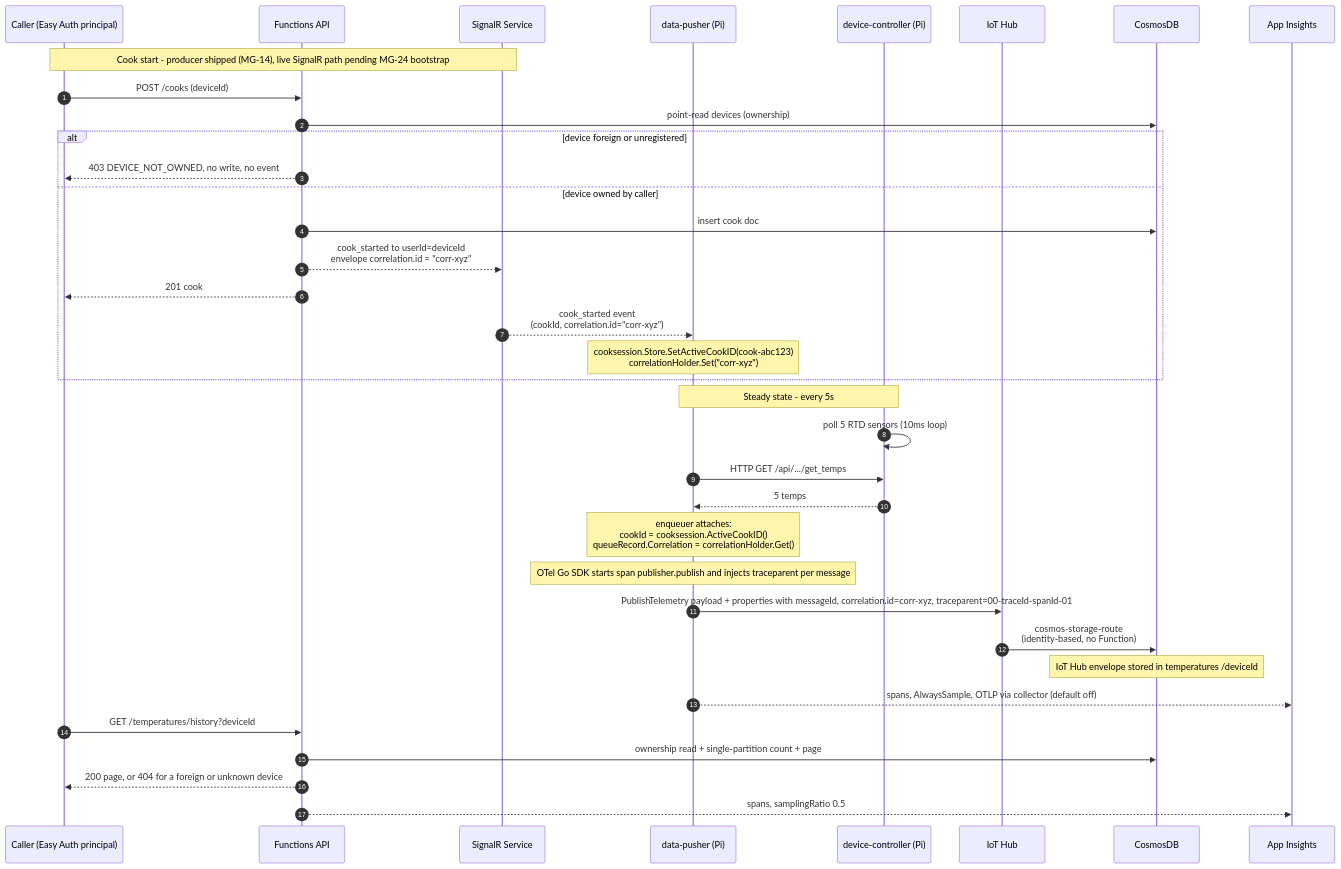
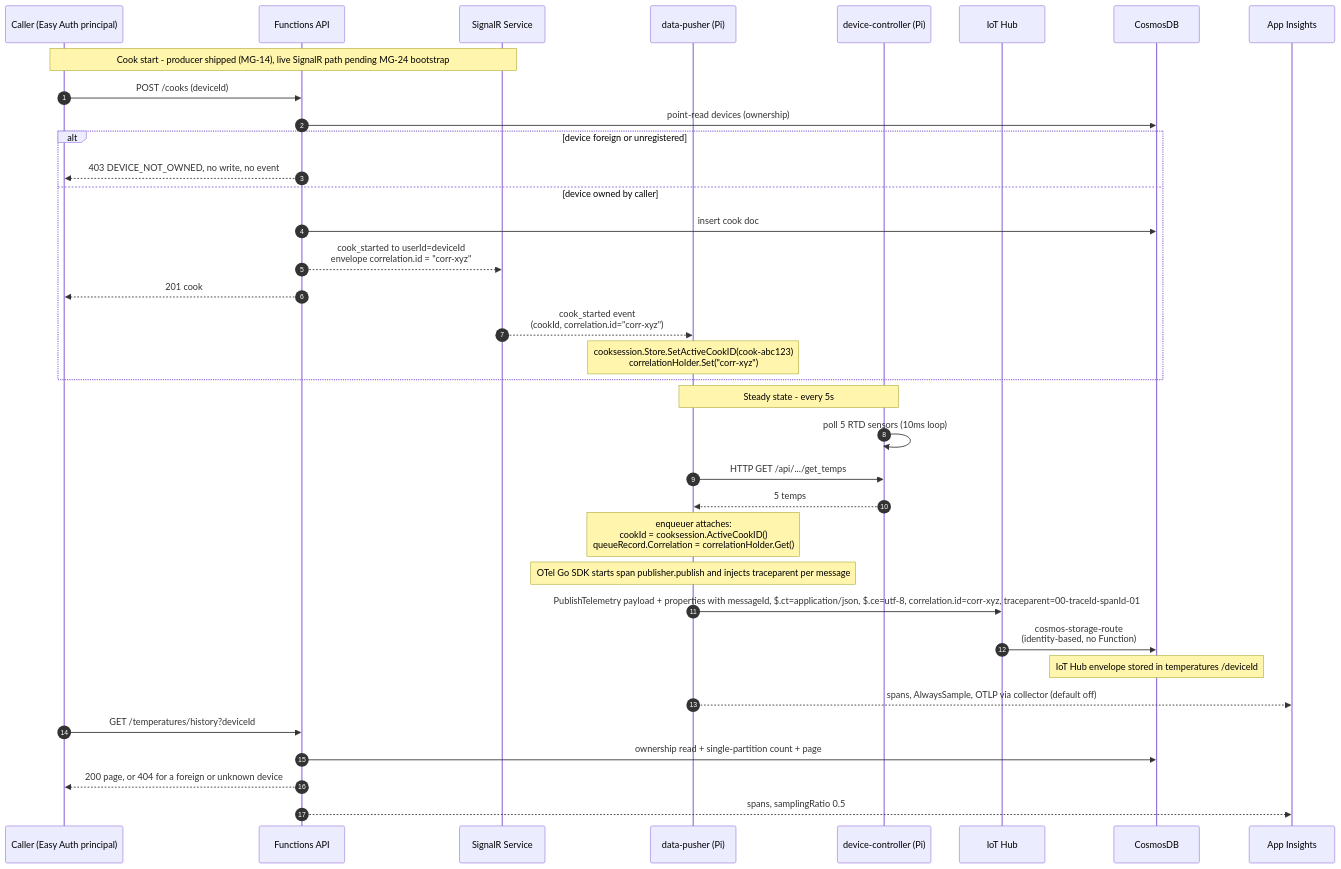
Before and after one commit to stevebargelt/meatgeekv2: the third of 5 diagrams in docs/architecture/diagrams.md, drawn with Mermaid. The commit also changed 17 other files, not shown here.

````diff
--- a/docs/architecture/diagrams.md
+++ b/docs/architecture/diagrams.md
@@ -188,45 +188,45 @@
 ```mermaid
 sequenceDiagram
     autonumber
     participant User as Caller (Easy Auth principal)
     participant API as Functions API
     participant SR as SignalR Service
     participant DP as data-pusher (Pi)
     participant DC as device-controller (Pi)
     participant IoT as IoT Hub
     participant Cos as CosmosDB
     participant AI as App Insights
 
     Note over User,SR: Cook start - producer shipped (MG-14), live SignalR path pending MG-24 bootstrap
     User->>API: POST /cooks (deviceId)
     API->>Cos: point-read devices (ownership)
     alt device foreign or unregistered
         API-->>User: 403 DEVICE_NOT_OWNED, no write, no event
     else device owned by caller
         API->>Cos: insert cook doc
         API-->>SR: cook_started to userId=deviceId<br/>envelope correlation.id = "corr-xyz"
         API-->>User: 201 cook
         SR-->>DP: cook_started event<br/>(cookId, correlation.id="corr-xyz")
         Note over DP: cooksession.Store.SetActiveCookID(cook-abc123)<br/>correlationHolder.Set("corr-xyz")
     end
 
     Note over DC,DP: Steady state - every 5s
 
     DC->>DC: poll 5 RTD sensors (10ms loop)
     DP->>DC: HTTP GET /api/.../get_temps
     DC-->>DP: 5 temps
     Note over DP: enqueuer attaches:<br/>cookId = cooksession.ActiveCookID()<br/>queueRecord.Correlation = correlationHolder.Get()
     Note over DP: OTel Go SDK starts span publisher.publish and injects traceparent per message
 
-    DP->>IoT: PublishTelemetry payload + properties with messageId, correlation.id=corr-xyz, traceparent=00-traceId-spanId-01
+    DP->>IoT: PublishTelemetry payload + properties with messageId, $.ct=application/json, $.ce=utf-8, correlation.id=corr-xyz, traceparent=00-traceId-spanId-01
 
     IoT->>Cos: cosmos-storage-route<br/>(identity-based, no Function)
     Note over Cos: IoT Hub envelope stored in temperatures /deviceId
 
     DP-->>AI: spans, AlwaysSample, OTLP via collector (default off)
 
     User->>API: GET /temperatures/history?deviceId
     API->>Cos: ownership read + single-partition count + page
     API-->>User: 200 page, or 404 for a foreign or unknown device
     API-->>AI: spans, samplingRatio 0.5
 ```
````
